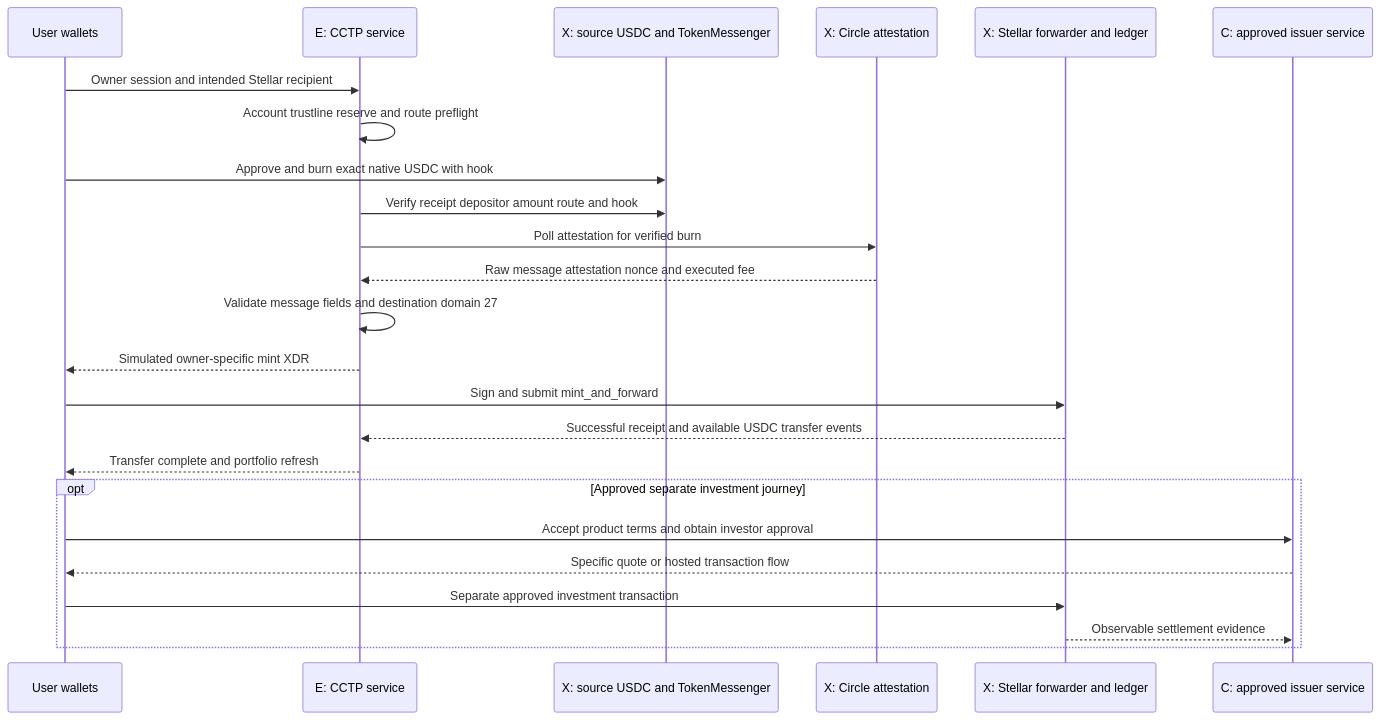
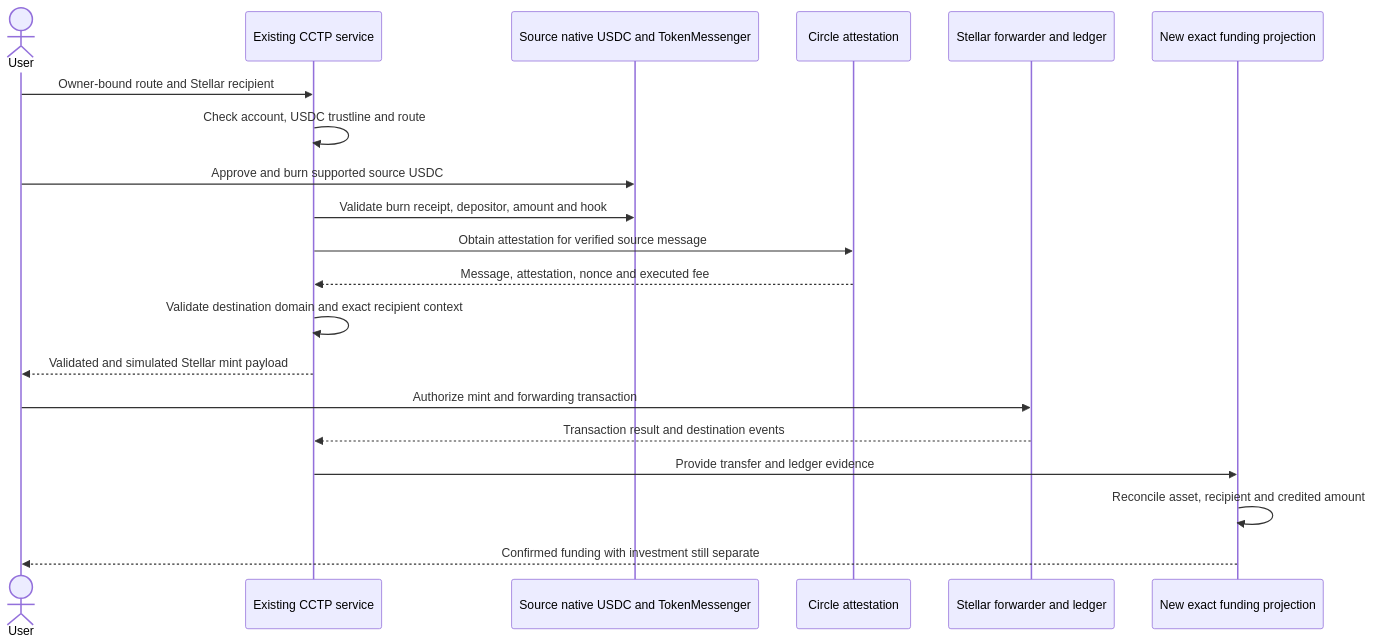
Before and after one commit to lendwise-fi/lendwise: diagram 13 of 21 in docs/rwa-integration-architecture/TECHNICAL_ARCHITECTURE.md, drawn with Mermaid. The commit also changed other lines of this file and 2 other files, not shown here.

Commit message:
docs: detail the complete RWA integration architecture

````diff
--- a/docs/rwa-integration-architecture/TECHNICAL_ARCHITECTURE.md
+++ b/docs/rwa-integration-architecture/TECHNICAL_ARCHITECTURE.md
@@ -630,26 +686,22 @@
 ```mermaid
 sequenceDiagram
-  participant Wallet as User wallets
-  participant Bridge as E: CCTP service
-  participant EVM as X: source USDC and TokenMessenger
-  participant Iris as X: Circle attestation
-  participant Stellar as X: Stellar forwarder and ledger
-  participant Issuer as C: approved issuer service
-  Wallet->>Bridge: Owner session and intended Stellar recipient
-  Bridge->>Bridge: Account trustline reserve and route preflight
-  Wallet->>EVM: Approve and burn exact native USDC with hook
-  Bridge->>EVM: Verify receipt depositor amount route and hook
-  Bridge->>Iris: Poll attestation for verified burn
-  Iris-->>Bridge: Raw message attestation nonce and executed fee
-  Bridge->>Bridge: Validate message fields and destination domain 27
-  Bridge-->>Wallet: Simulated owner-specific mint XDR
-  Wallet->>Stellar: Sign and submit mint_and_forward
-  Stellar-->>Bridge: Successful receipt and available USDC transfer events
-  Bridge-->>Wallet: Transfer complete and portfolio refresh
-  opt Approved separate investment journey
-    Wallet->>Issuer: Accept product terms and obtain investor approval
-    Issuer-->>Wallet: Specific quote or hosted transaction flow
-    Wallet->>Stellar: Separate approved investment transaction
-    Stellar-->>Issuer: Observable settlement evidence
-  end
+  actor User
+  participant Bridge as Existing CCTP service
+  participant EVM as Source native USDC and TokenMessenger
+  participant Iris as Circle attestation
+  participant Stellar as Stellar forwarder and ledger
+  participant Receipt as New exact funding projection
+  User->>Bridge: Owner-bound route and Stellar recipient
+  Bridge->>Bridge: Check account, USDC trustline and route
+  User->>EVM: Approve and burn supported source USDC
+  Bridge->>EVM: Validate burn receipt, depositor, amount and hook
+  Bridge->>Iris: Obtain attestation for verified source message
+  Iris-->>Bridge: Message, attestation, nonce and executed fee
+  Bridge->>Bridge: Validate destination domain and exact recipient context
+  Bridge-->>User: Validated and simulated Stellar mint payload
+  User->>Stellar: Authorize mint and forwarding transaction
+  Stellar-->>Bridge: Transaction result and destination events
+  Bridge->>Receipt: Provide transfer and ledger evidence
+  Receipt->>Receipt: Reconcile asset, recipient and credited amount
+  Receipt-->>User: Confirmed funding with investment still separate
 ```
````
